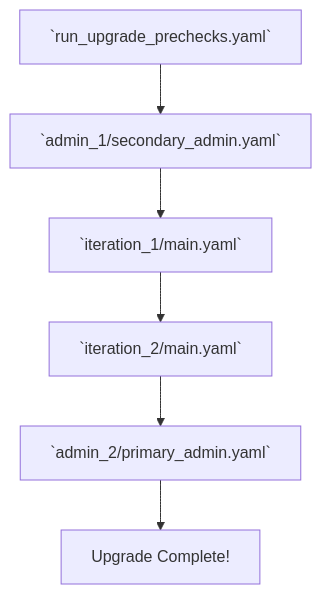
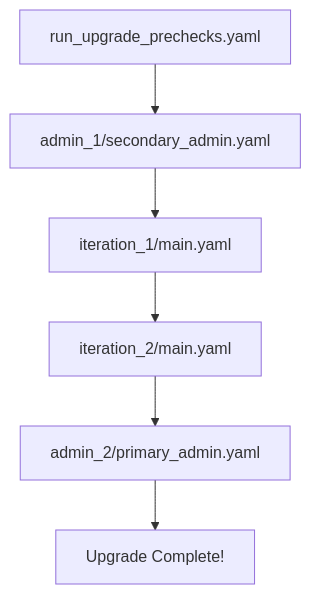
Before and after one commit to ISEDemoLab/Upgrade_ISE_in_Hybrid_Cloud: the diagram in ReadMe.md, drawn with Mermaid. The commit also changed other lines of this file and 3 other files, not shown here.

````diff
--- a/ReadMe.md
+++ b/ReadMe.md
@@ -29,8 +32,8 @@
 ```mermaid
 flowchart TD;
-    A[`run_upgrade_prechecks.yaml`] --> B[`admin_1/secondary_admin.yaml`];
-    B --> C[`iteration_1/main.yaml`];
-    C --> D[`iteration_2/main.yaml`];
-    D --> E[`admin_2/primary_admin.yaml`];
-    E --> F[Upgrade Complete!]
+    A["`run_upgrade_prechecks.yaml`"] --> B["`admin_1/secondary_admin.yaml`"];
+    B --> C["`iteration_1/main.yaml`"];
+    C --> D["`iteration_2/main.yaml`"];
+    D --> E["`admin_2/primary_admin.yaml`"];
+    E --> F["Upgrade Complete!"]
 ```
````
